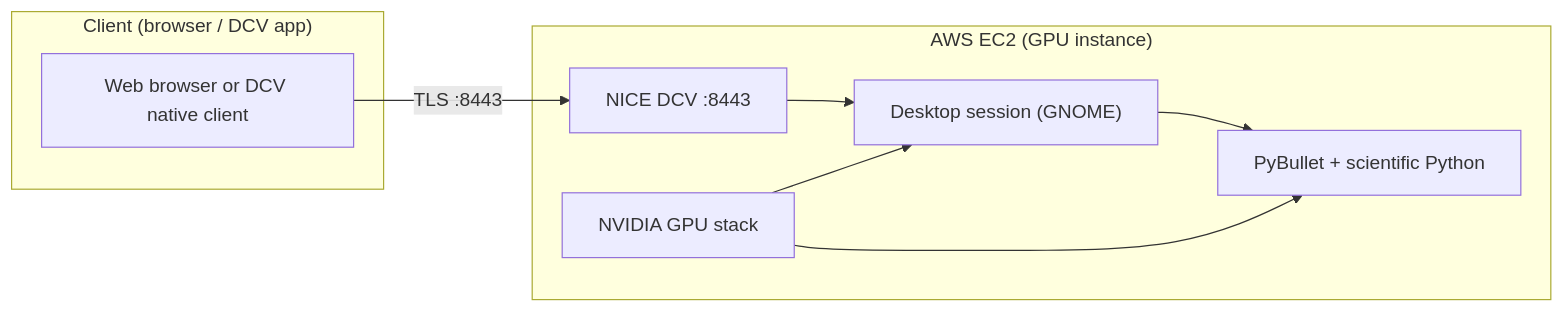
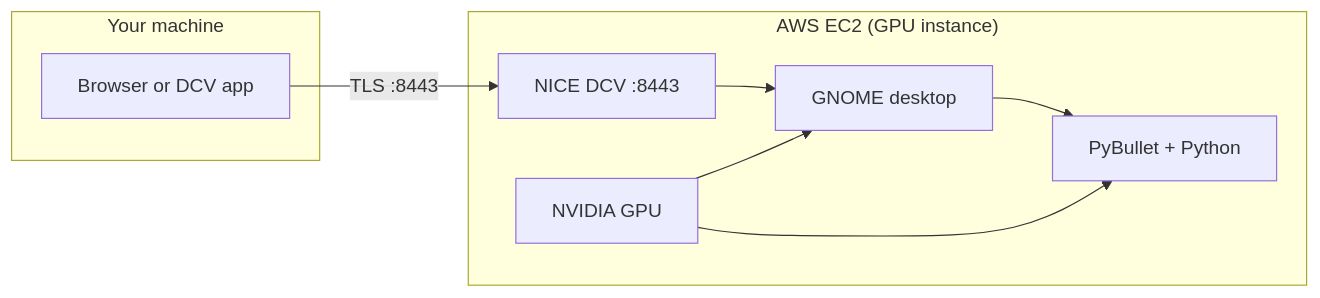
The first of 3 diagrams in README.md (rubencg195/aws-pybullet-environment), drawn with Mermaid before and after one commit. The commit also changed other lines of this file and 3 other files, not shown here.

````diff
--- a/README.md
+++ b/README.md
@@ -13,17 +13,17 @@
 ```mermaid
 flowchart LR
-  subgraph client["Client (browser / DCV app)"]
-    B["Web browser or DCV native client"]
+  subgraph client["Your machine"]
+    B["Browser or DCV app"]
   end
   subgraph aws["AWS EC2 (GPU instance)"]
     DCV["NICE DCV :8443"]
-    DESK["Desktop session (GNOME)"]
-    PB["PyBullet + scientific Python"]
-    GPU["NVIDIA GPU stack"]
+    DESK["GNOME desktop"]
+    PB["PyBullet + Python"]
+    GPU["NVIDIA GPU"]
   end
   B -->|"TLS :8443"| DCV
   DCV --> DESK
   DESK --> PB
   GPU --> PB
   GPU --> DESK
 ```
````
